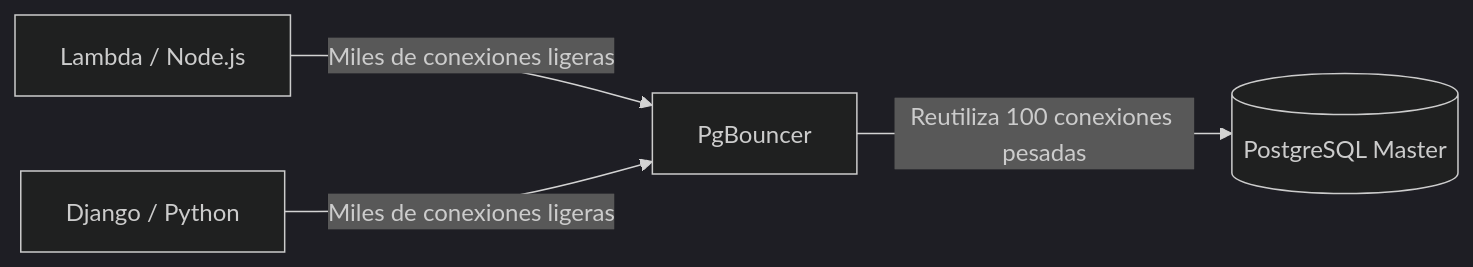
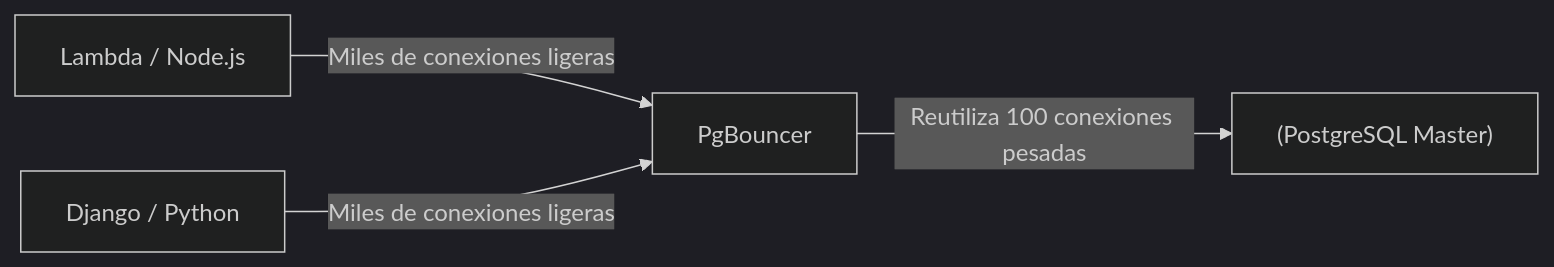
One commit to gjpierp/nmergeia changed the first of 2 diagrams in public/docs/zh/postgres_maestro.md. Above: the diagram before and after it, drawn with Mermaid (dark theme). The commit also changed other lines of this file and 519 other files, not shown here.

Commit message:
fix(mermaid): entrecomillar nombres de subgrafos y nodos con caracteres especiales para renderizado perfecto de todos los diagramas

````diff
--- a/public/docs/zh/postgres_maestro.md
+++ b/public/docs/zh/postgres_maestro.md
@@ -13,7 +13,6 @@
 ```mermaid
 flowchart LR
-    API1[Lambda / Node.js] -->|Miles de conexiones ligeras| PgBouncer[PgBouncer]
-    API2[Django / Python] -->|Miles de conexiones ligeras| PgBouncer
-    
-    PgBouncer -->|Reutiliza 100 conexiones pesadas| DB[(PostgreSQL Master)]
+API1["Lambda / Node.js"] -->|Miles de conexiones ligeras| PgBouncer["PgBouncer"]
+API2["Django / Python"] -->|Miles de conexiones ligeras| PgBouncer
+PgBouncer -->|Reutiliza 100 conexiones pesadas| DB["(PostgreSQL Master)"]
 ```
````
